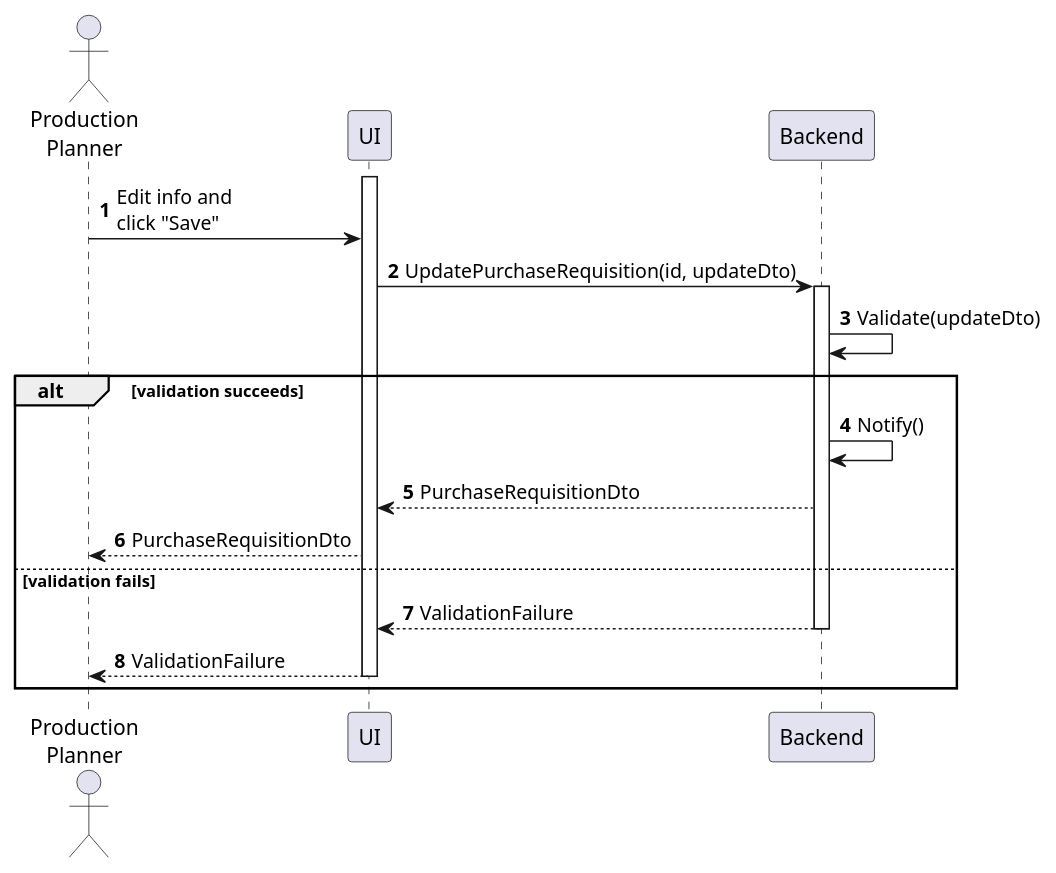
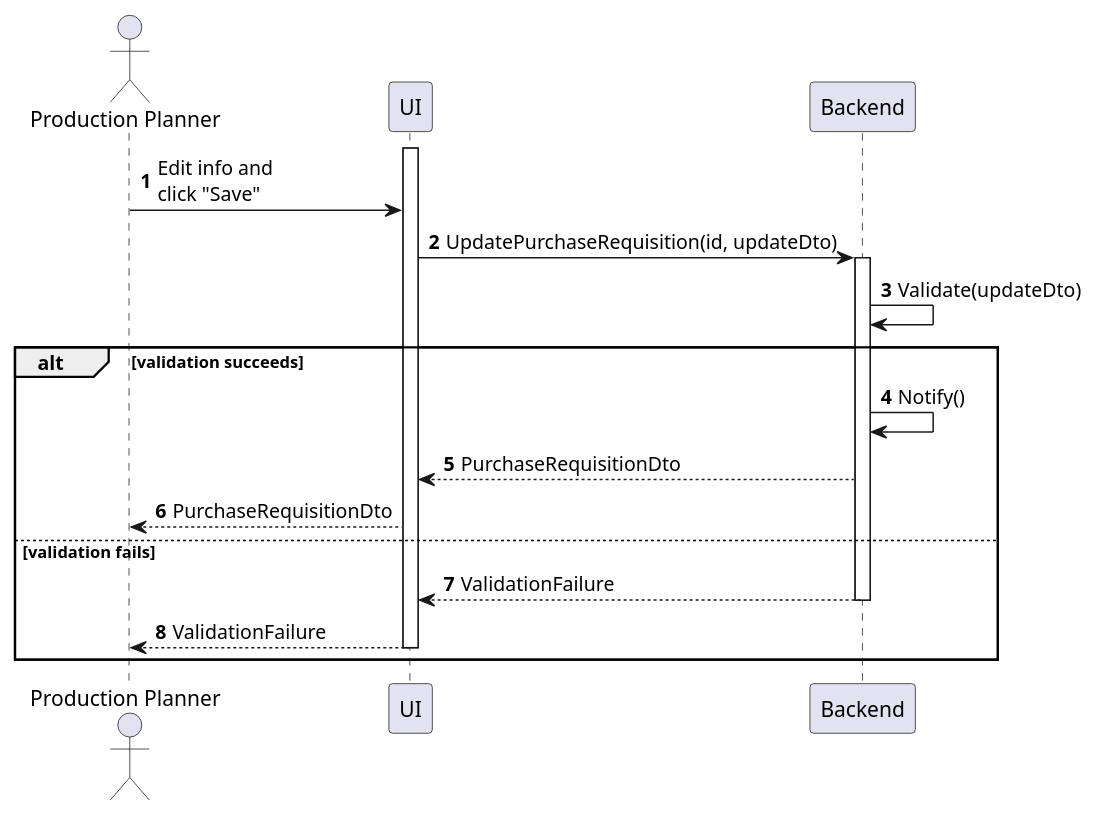
One commit to phihungha/scmss-reqs changed the diagram in sequences/purchase-requisition-update.plantuml. Above: the diagram before and after it, drawn with PlantUML. The commit also changed 11 other files, not shown here.

Commit message:
Add missing production and sales sequences

```diff
--- a/sequences/purchase-requisition-update.plantuml
+++ b/sequences/purchase-requisition-update.plantuml
@@ -1,23 +1,23 @@
 @startuml purchase-requisition-update
 autonumber
 
-actor "Production\nPlanner" as a
+actor "Production Planner" as a
 participant UI as f
 participant Backend as b
 
 activate f
 a -> f : Edit info and\nclick "Save"
 f -> b : UpdatePurchaseRequisition(id, updateDto)
 activate b
 b -> b : Validate(updateDto)
 
 alt validation succeeds
     b -> b : Notify()
     b --> f : PurchaseRequisitionDto
     f --> a : PurchaseRequisitionDto
 else validation fails
     return ValidationFailure
     f --> a : ValidationFailure
     deactivate f
 end
 @enduml
```
